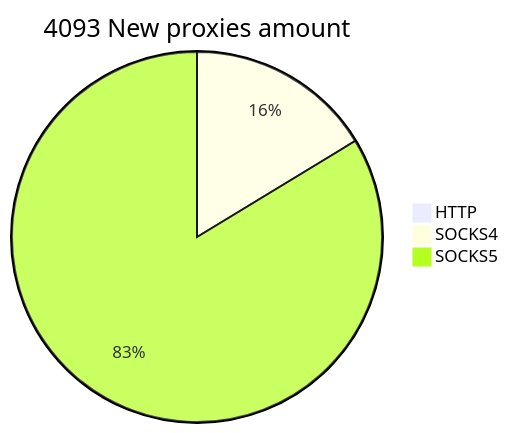
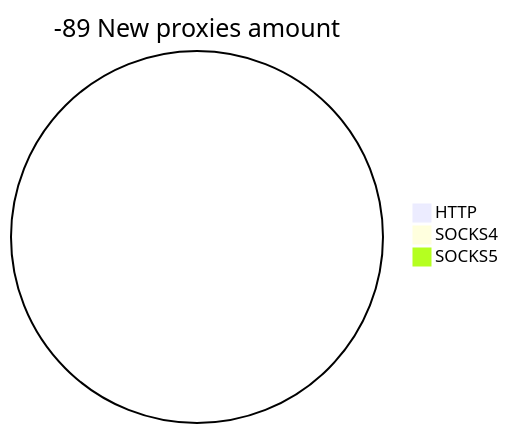
Before and after one commit to cutipu/proxylist: the second of 2 diagrams in README.md, drawn with Mermaid. The commit also changed other lines of this file, not shown here.

````diff
--- a/README.md
+++ b/README.md
@@ -10,6 +10,6 @@
 ```mermaid
-pie title 4093 New proxies amount
-    "HTTP" : 23
-    "SOCKS4" : 664
-    "SOCKS5" : 3406
+pie title -89 New proxies amount
+    "HTTP" : 0
+    "SOCKS4" : 0
+    "SOCKS5" : 0
 ```
````
